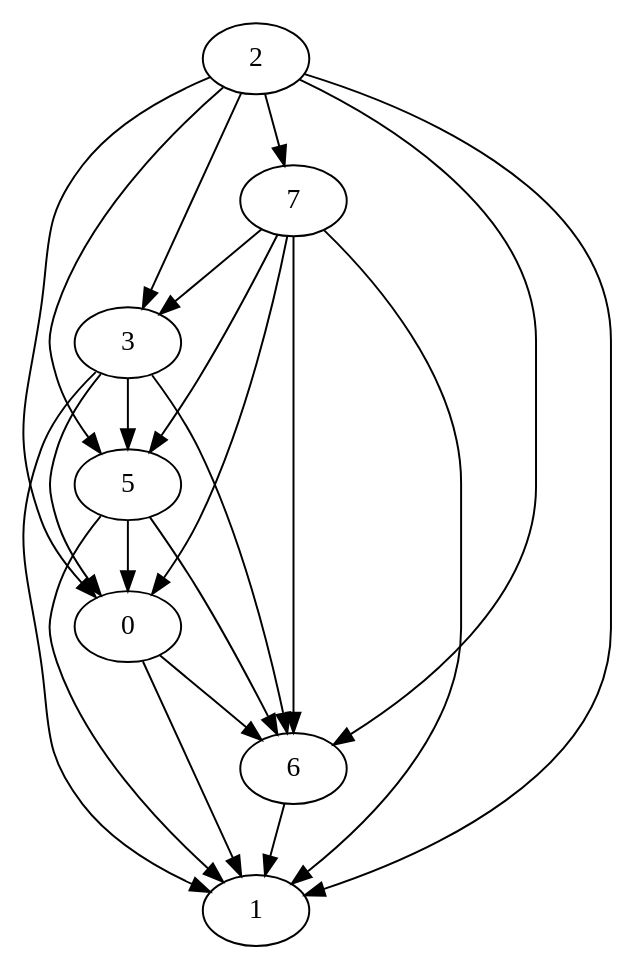
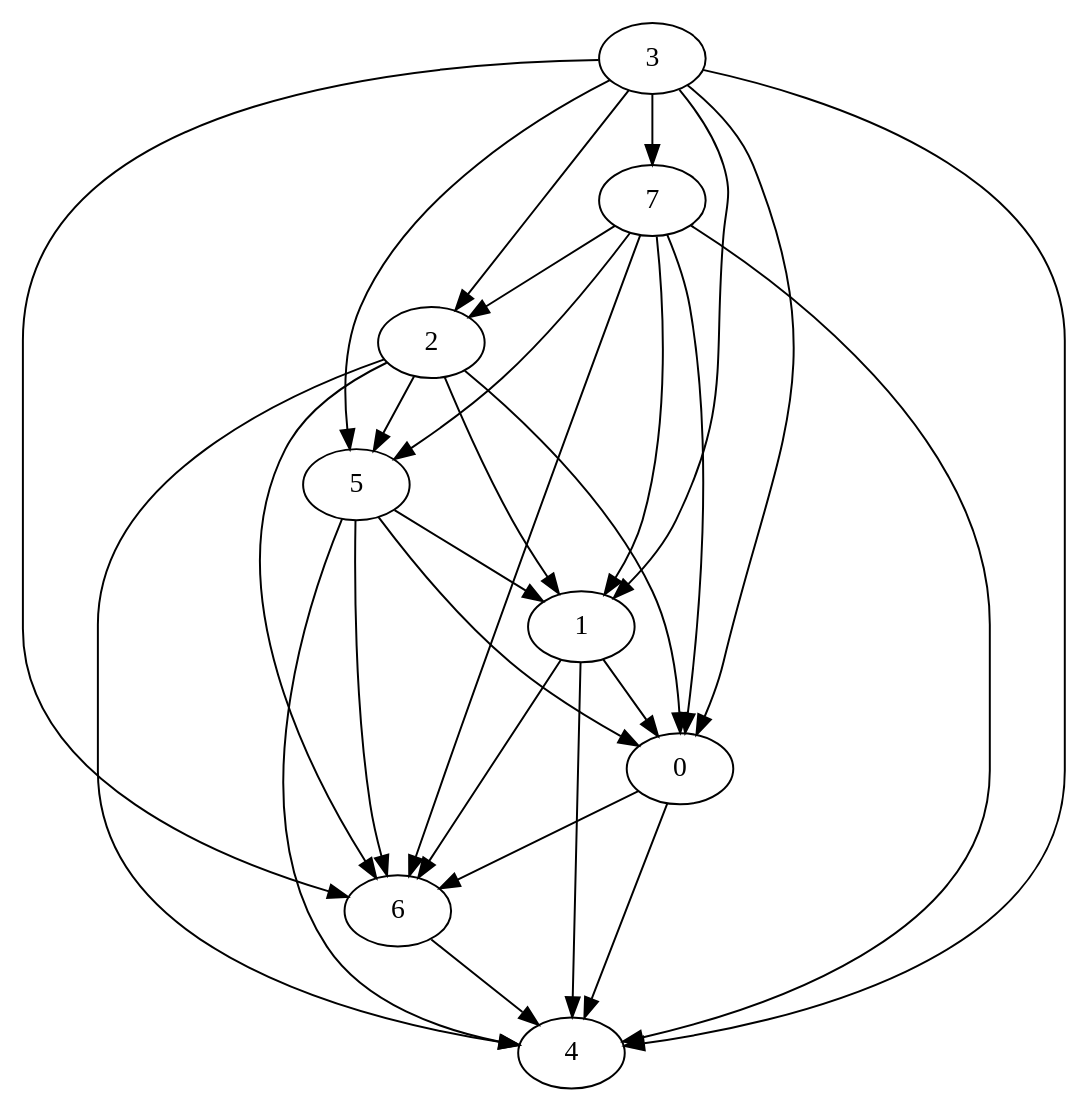
One commit to MrGreyPanda/NEM-MCMC-optimization changed the diagram in output/infer_closed.dot. Above: the diagram before and after it, drawn with Graphviz. The commit also changed 11 other files, not shown here.

```diff
--- a/output/infer_closed.dot
+++ b/output/infer_closed.dot
@@ -1,23 +1,30 @@
 digraph {
-    0 -> 1;
+    0 -> 4;
     0 -> 6;
+    1 -> 0;
+    1 -> 4;
+    1 -> 6;
     2 -> 0;
     2 -> 1;
-    2 -> 3;
+    2 -> 4;
     2 -> 5;
     2 -> 6;
-    2 -> 7;
     3 -> 0;
     3 -> 1;
+    3 -> 2;
+    3 -> 4;
     3 -> 5;
     3 -> 6;
+    3 -> 7;
     5 -> 0;
     5 -> 1;
+    5 -> 4;
     5 -> 6;
-    6 -> 1;
+    6 -> 4;
     7 -> 0;
     7 -> 1;
-    7 -> 3;
+    7 -> 2;
+    7 -> 4;
     7 -> 5;
     7 -> 6;
 }
```
